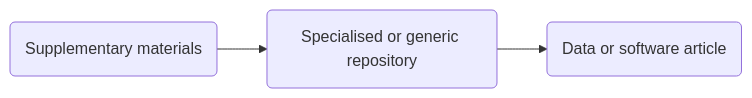
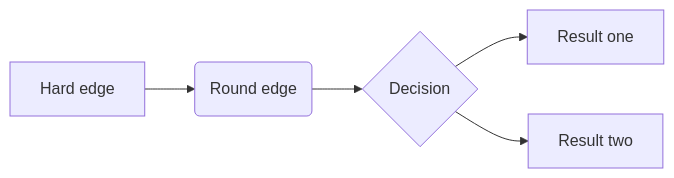
The diagram in FAIR-publishing/FAIR-publishing.qmd (aim-rsf/training), drawn with Mermaid before and after one commit. The commit also changed 5 other files, not shown here.

````diff
--- a/FAIR-publishing/FAIR-publishing.qmd
+++ b/FAIR-publishing/FAIR-publishing.qmd
@@ -424,4 +424,7 @@
 ```{mermaid}
 flowchart LR
-  A(Supplementary materials) --> B(Specialised or generic repository) --> C(Data or software article) 
+  A[Hard edge] --> B(Round edge)
+  B --> C{Decision}
+  C --> D[Result one]
+  C --> E[Result two]
 ```
````
